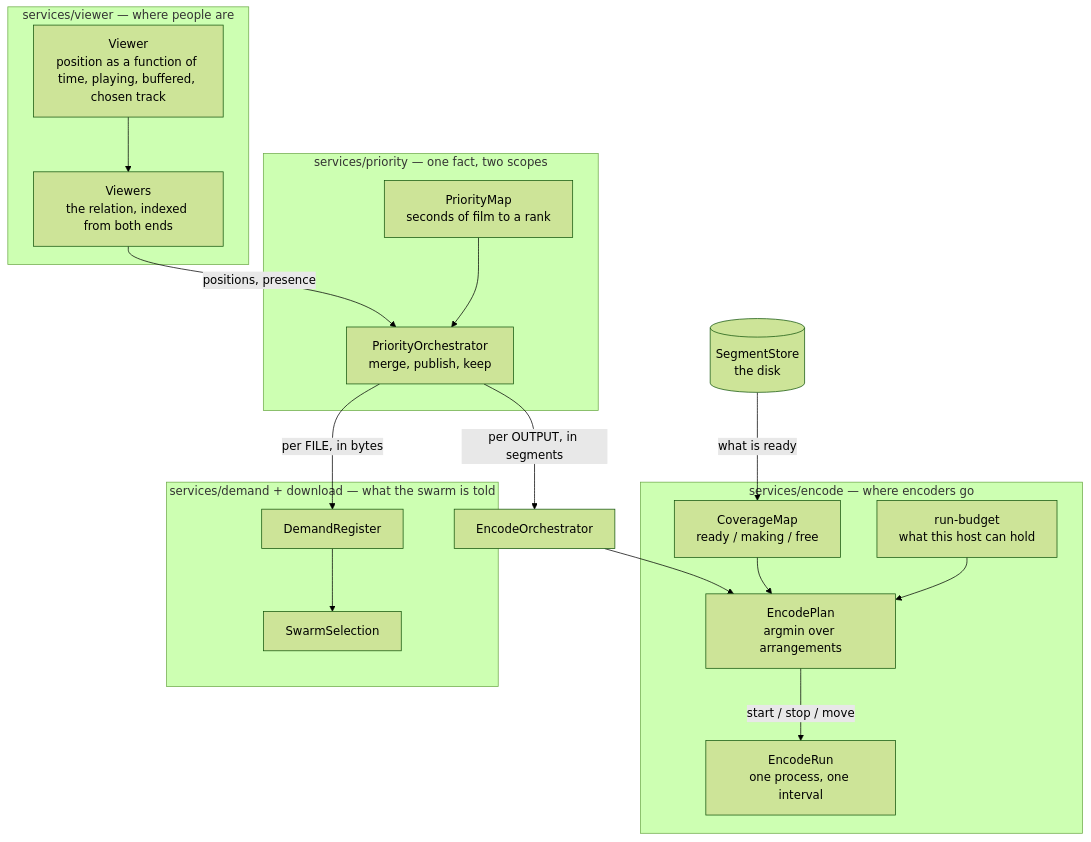
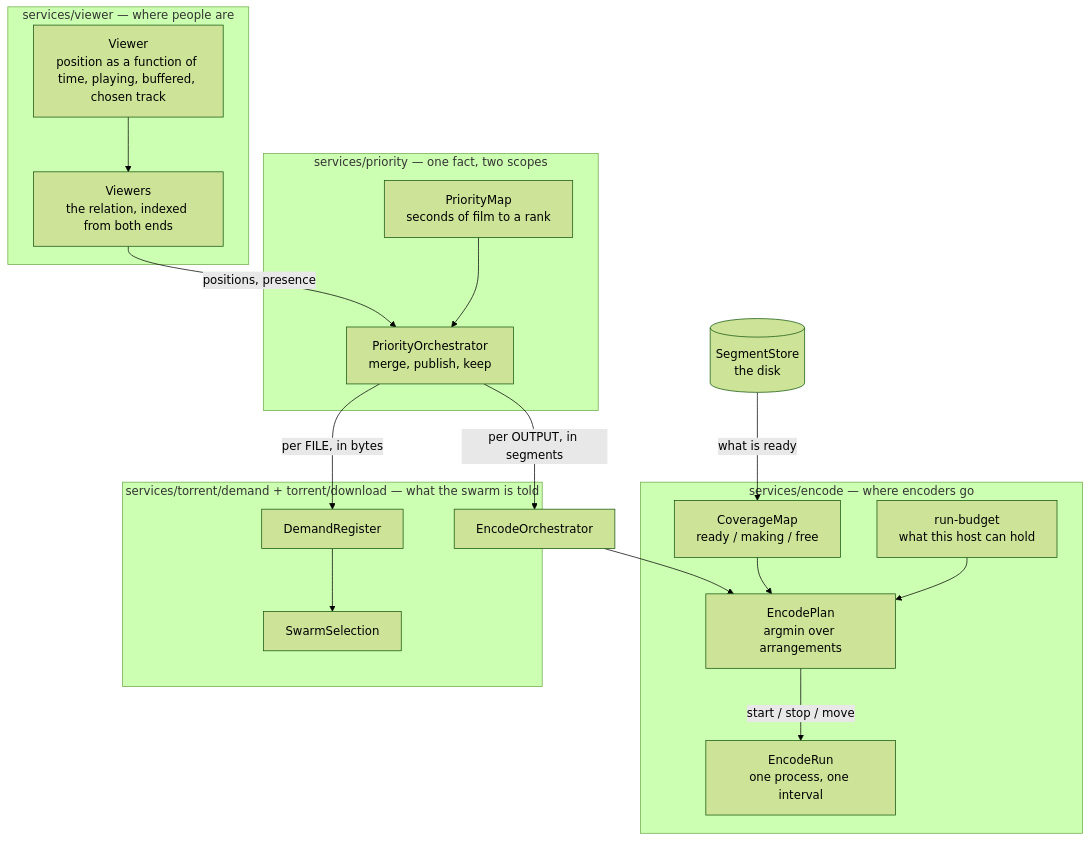
One commit to torrent-tv/proxy changed the diagram in docs/encode-architecture.md. Above: the diagram before and after it, drawn with Mermaid (forest theme). The commit also changed 104 other files, not shown here.

````diff
--- a/docs/encode-architecture.md
+++ b/docs/encode-architecture.md
@@ -58,36 +58,36 @@
 ```mermaid
 flowchart TB
   subgraph V["services/viewer — where people are"]
     VW[Viewer<br/>position as a function of time, playing, buffered, chosen track]
     VS[Viewers<br/>the relation, indexed from both ends]
   end
 
   subgraph P["services/priority — one fact, two scopes"]
     PM[PriorityMap<br/>seconds of film to a rank]
     PO[PriorityOrchestrator<br/>merge, publish, keep]
   end
 
   subgraph E["services/encode — where encoders go"]
     CM[CoverageMap<br/>ready / making / free]
     EP[EncodePlan<br/>argmin over arrangements]
     RB[run-budget<br/>what this host can hold]
     ER[EncodeRun<br/>one process, one interval]
   end
 
-  subgraph D["services/demand + download — what the swarm is told"]
+  subgraph D["services/torrent/demand + torrent/download — what the swarm is told"]
     DR[DemandRegister]
     SS[SwarmSelection]
   end
 
   VW --> VS
   VS -->|"positions, presence"| PO
   PM --> PO
   PO -->|"per FILE, in bytes"| DR
   DR --> SS
   PO -->|"per OUTPUT, in segments"| EO[EncodeOrchestrator]
   EO --> EP
   CM --> EP
   RB --> EP
   EP -->|"start / stop / move"| ER
   ST[(SegmentStore<br/>the disk)] -->|"what is ready"| CM
 ```
````
